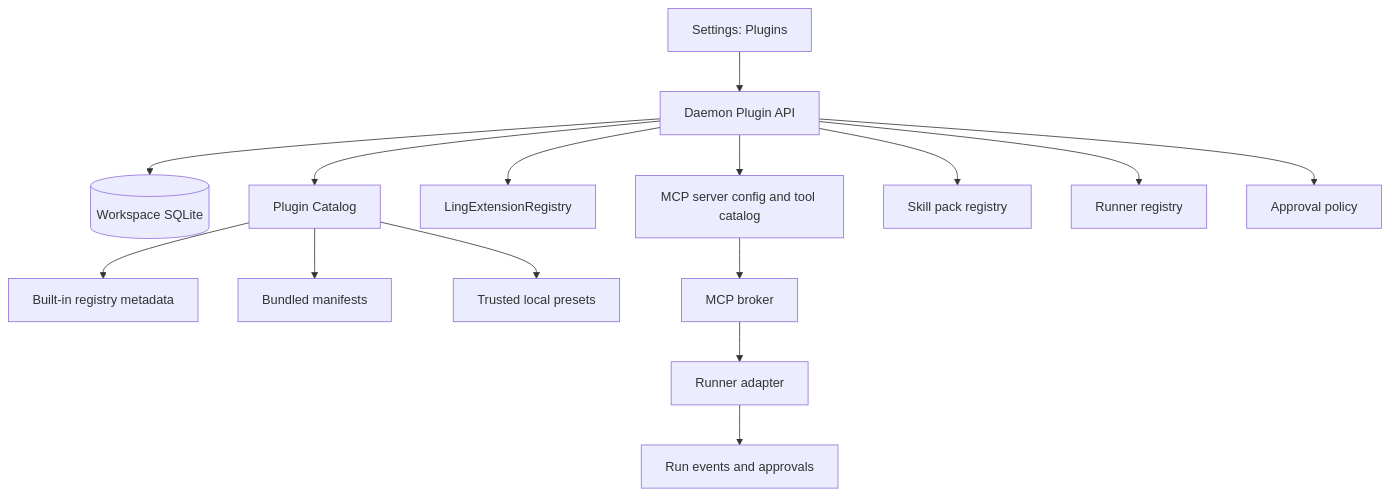
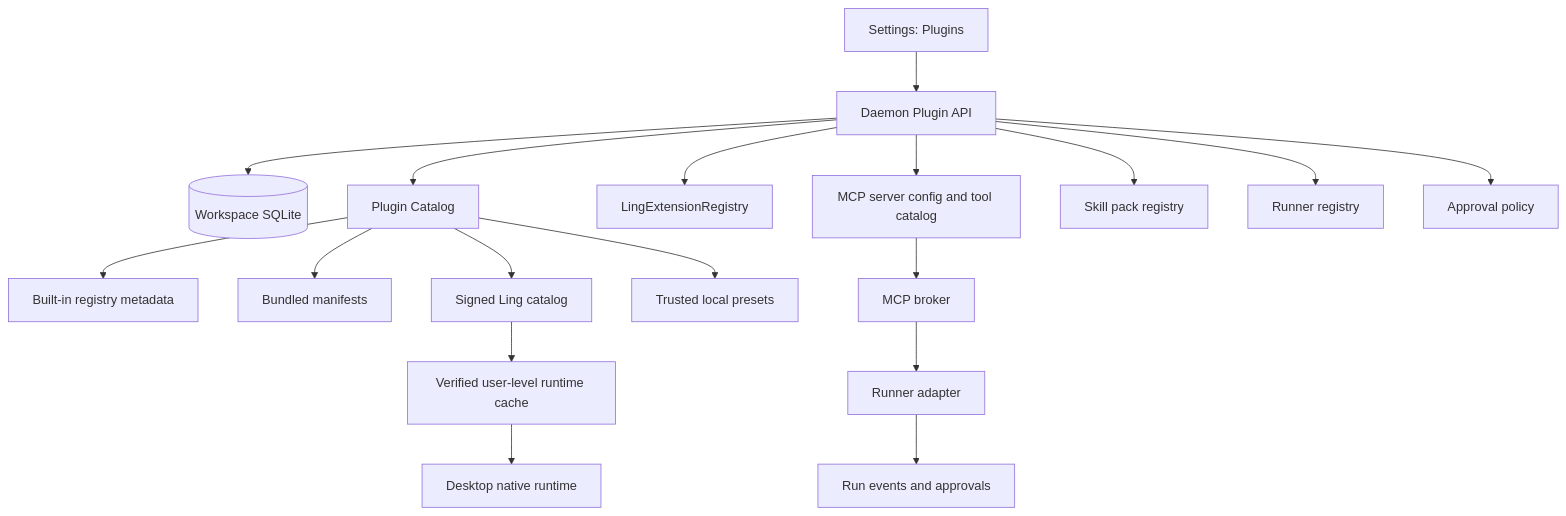
One commit to ling-stack-org/ling-stack changed the diagram in docs/design/plugin-manager.md. Above: the diagram before and after it, drawn with Mermaid. The commit also changed other lines of this file and 78 other files, not shown here.

First line of the commit message:
Migrate official plugins to signed on-demand runtimes (#783)

````diff
--- a/docs/design/plugin-manager.md
+++ b/docs/design/plugin-manager.md
@@ -121,17 +116,20 @@
 ```mermaid
 flowchart TD
   UI[Settings: Plugins] --> API[Daemon Plugin API]
   API --> Store[(Workspace SQLite)]
   API --> Catalog[Plugin Catalog]
   Catalog --> BuiltIn[Built-in registry metadata]
   Catalog --> Bundled[Bundled manifests]
+  Catalog --> Official[Signed Ling catalog]
+  Official --> Cache[Verified user-level runtime cache]
+  Cache --> Desktop[Desktop native runtime]
   Catalog --> Presets[Trusted local presets]
   API --> Registry[LingExtensionRegistry]
   API --> MCP[MCP server config and tool catalog]
   API --> Skills[Skill pack registry]
   API --> Runners[Runner registry]
   API --> Policy[Approval policy]
   MCP --> Broker[MCP broker]
   Broker --> Runner[Runner adapter]
   Runner --> Audit[Run events and approvals]
 ```
````
